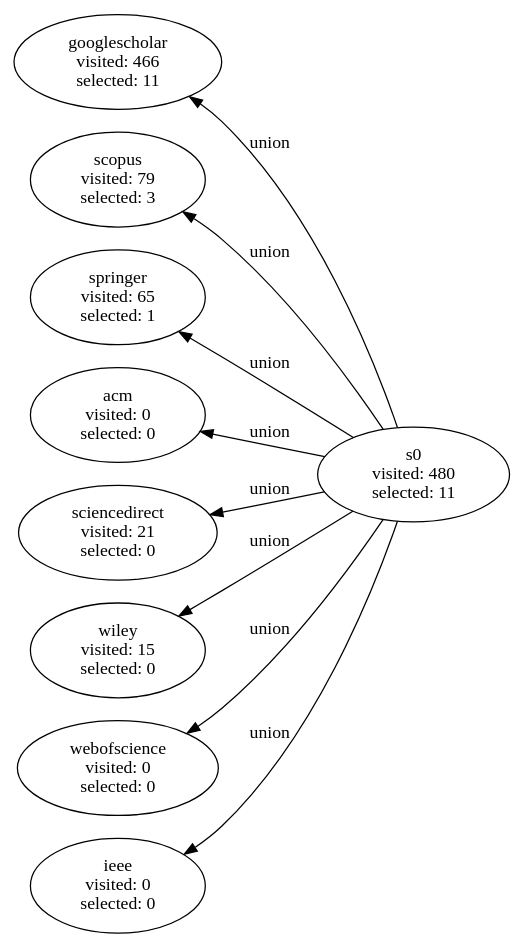
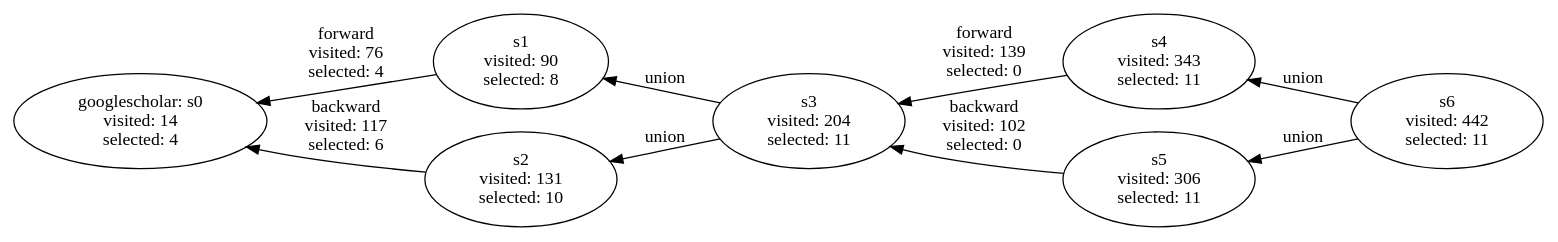
The diagram in experiments/experiment_3/notebooks/E3final.dot (gems-uff/hybrid-strategies), drawn with Graphviz before and after one commit. The commit also changed 39 other files, not shown here.

Commit message:
alter notebooks = hide index, print graph png

```diff
--- a/experiments/experiment_3/notebooks/E3final.dot
+++ b/experiments/experiment_3/notebooks/E3final.dot
@@ -1,30 +1,26 @@
 digraph G {
   rankdir="RL";
 
-  s0 [label="s0\n visited: 480\n selected: 11"];
-  s0 -> googlescholar [label="union"];
-  s0 -> scopus [label="union"];
-  s0 -> springer [label="union"];
-  s0 -> acm [label="union"];
-  s0 -> sciencedirect [label="union"];
-  s0 -> wiley [label="union"];
-  s0 -> webofscience [label="union"];
-  s0 -> ieee [label="union"];
+  s6 [label="s6\n visited: 442\n selected: 11"];
+  s6 -> s4 [label="union"];
+  s6 -> s5 [label="union"];
 
-  googlescholar [label="googlescholar\n visited: 466\n selected: 11"];
+  s4 [label="s4\n visited: 343\n selected: 11"];
+  s4 -> s3 [label="forward\n visited: 139\n selected: 0"];
 
-  scopus [label="scopus\n visited: 79\n selected: 3"];
+  s5 [label="s5\n visited: 306\n selected: 11"];
+  s5 -> s3 [label="backward\n visited: 102\n selected: 0"];
 
-  springer [label="springer\n visited: 65\n selected: 1"];
+  s3 [label="s3\n visited: 204\n selected: 11"];
+  s3 -> s1 [label="union"];
+  s3 -> s2 [label="union"];
 
-  acm [label="acm\n visited: 0\n selected: 0"];
+  s1 [label="s1\n visited: 90\n selected: 8"];
+  s1 -> googlescholar: s0 [label="forward\n visited: 76\n selected: 4"];
 
-  sciencedirect [label="sciencedirect\n visited: 21\n selected: 0"];
+  s2 [label="s2\n visited: 131\n selected: 10"];
+  s2 -> googlescholar: s0 [label="backward\n visited: 117\n selected: 6"];
 
-  wiley [label="wiley\n visited: 15\n selected: 0"];
-
-  webofscience [label="webofscience\n visited: 0\n selected: 0"];
-
-  ieee [label="ieee\n visited: 0\n selected: 0"];
+  googlescholar: s0 [label="googlescholar: s0\n visited: 14\n selected: 4"];
 
 }
```
